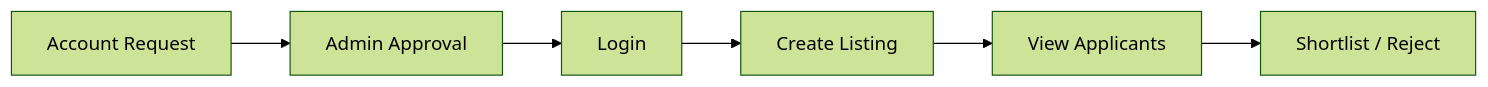
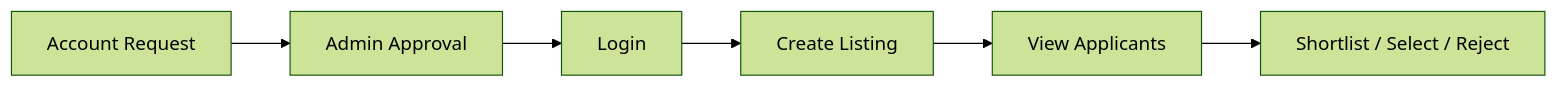
Before and after one commit to vyshali-aytha/Online-Internship-Placement-Preparation-Portal: the second of 4 diagrams in README.md, drawn with Mermaid (forest theme). The commit also changed other lines of this file and 4 other files, not shown here.

````diff
--- a/README.md
+++ b/README.md
@@ -145,8 +145,8 @@
 ```mermaid
 flowchart LR
     A[Account Request] --> B[Admin Approval]
     B --> C[Login]
     C --> D[Create Listing]
     D --> E[View Applicants]
-    E --> F[Shortlist / Reject]
+    E --> F[Shortlist / Select / Reject]
 ```
````
